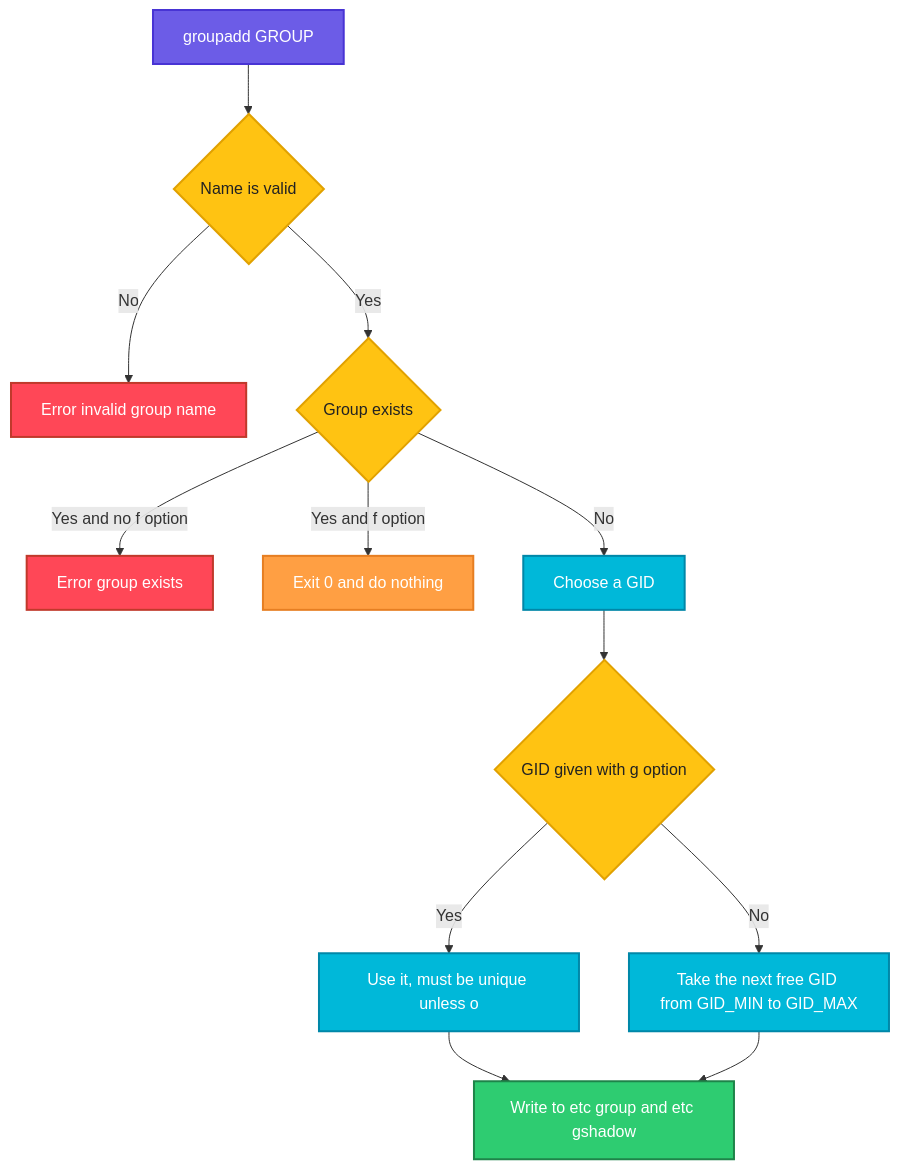
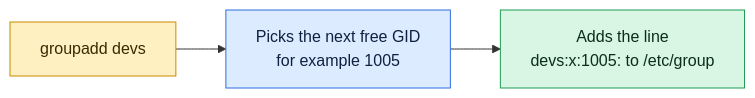
Before and after one commit to codeKerdosTech/DevOps-Documentation: the diagram in linux/user-management/groupadd.md, drawn with Mermaid. The commit also changed other lines of this file and 165 other files, not shown here.

Commit message:
updated diagrams in linux

````diff
--- a/linux/user-management/groupadd.md
+++ b/linux/user-management/groupadd.md
@@ -37,27 +37,12 @@
 ```mermaid
-flowchart TD
-    A[groupadd GROUP] --> B{Name is valid}
-    B -->|No| C[Error invalid group name]
-    B -->|Yes| D{Group exists}
-    D -->|Yes and no f option| E[Error group exists]
-    D -->|Yes and f option| F[Exit 0 and do nothing]
-    D -->|No| G[Choose a GID]
-    G --> H{GID given with g option}
-    H -->|Yes| I[Use it, must be unique unless o]
-    H -->|No| J[Take the next free GID from GID_MIN to GID_MAX]
-    I --> K[Write to etc group and etc gshadow]
-    J --> K
-    classDef start fill:#6C5CE7,stroke:#4834D4,stroke-width:2px,color:#fff
-    classDef proc fill:#00B8D9,stroke:#0087A8,stroke-width:2px,color:#fff
-    classDef dec fill:#FFC312,stroke:#E1A100,stroke-width:2px,color:#222
-    classDef ok fill:#2ECC71,stroke:#1E8449,stroke-width:2px,color:#fff
-    classDef err fill:#FF4757,stroke:#C0392B,stroke-width:2px,color:#fff
-    classDef out fill:#FD79A8,stroke:#E84393,stroke-width:2px,color:#fff
-    classDef alt fill:#FF9F43,stroke:#E67E22,stroke-width:2px,color:#fff
-    class A start
-    class B,D,H dec
-    class C,E err
-    class F alt
-    class G,I,J proc
-    class K ok
+flowchart LR
+    c1[groupadd devs] --> i1[Picks the next free GID<br/>for example 1005] --> o1[Adds the line<br/>devs:x:1005: to /etc/group]
+    classDef inp fill:#DCEBFF,stroke:#2F6FDE,color:#10213F
+    classDef cmd fill:#FFF0C2,stroke:#C98A00,color:#3A2A00
+    classDef out fill:#D9F5E3,stroke:#1F9D55,color:#0B2E1A
+    classDef bad fill:#FDE0E0,stroke:#D13B3B,color:#4A0F0F
+    classDef note fill:#ECEFF3,stroke:#7B8794,color:#1F2933
+    class c1 cmd
+    class i1 inp
+    class o1 out
 ```
````
